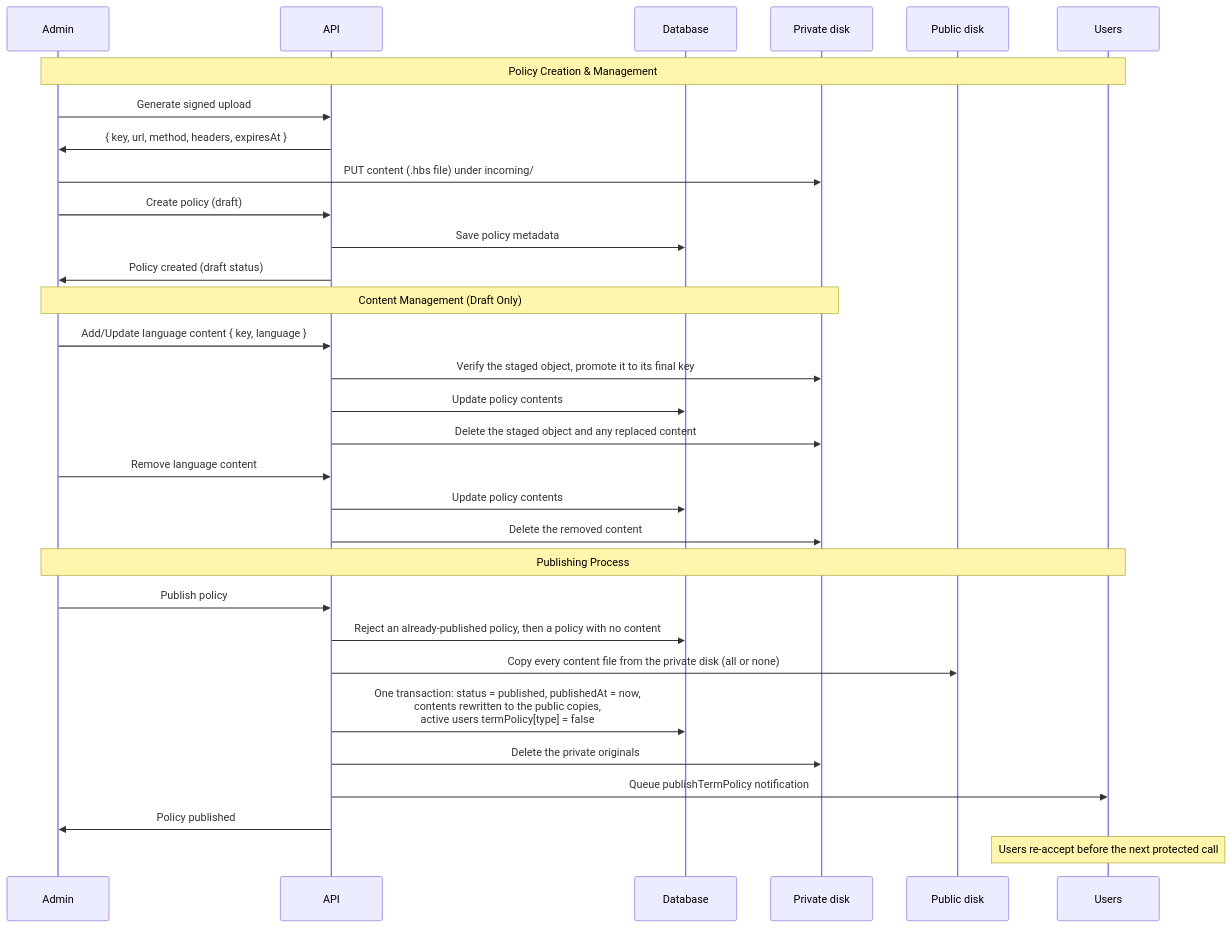
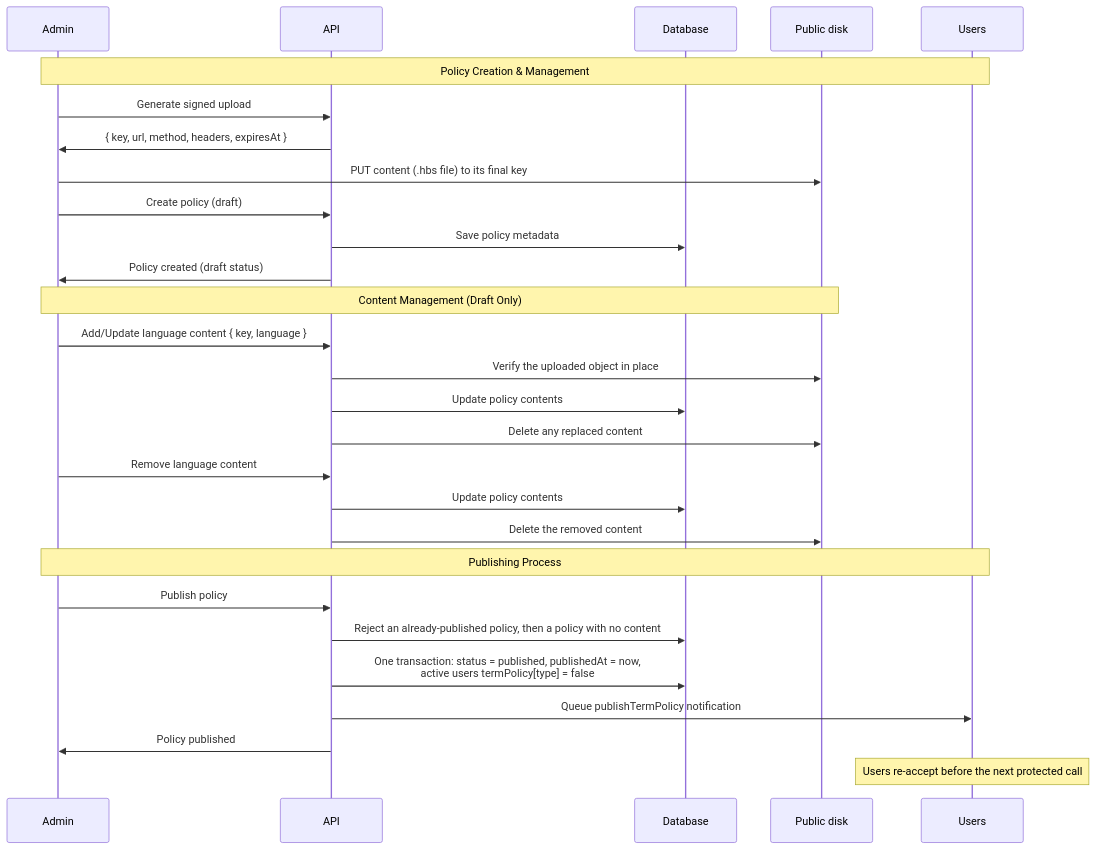
The first of 3 diagrams in docs/term-policy.md (Gzerox/ack-nestjs-boilerplate), drawn with Mermaid before and after one commit. The commit also changed other lines of this file and 44 other files, not shown here.

````diff
--- a/docs/term-policy.md
+++ b/docs/term-policy.md
@@ -89,41 +89,38 @@
 ```mermaid
 sequenceDiagram
     participant Admin
     participant API
     participant Database
-    participant Private as Private disk
     participant Public as Public disk
     participant Users
 
     Note over Admin,Users: Policy Creation & Management
     
     Admin->>API: Generate signed upload
     API->>Admin: { key, url, method, headers, expiresAt }
-    Admin->>Private: PUT content (.hbs file) under incoming/
+    Admin->>Public: PUT content (.hbs file) to its final key
     
     Admin->>API: Create policy (draft)
     API->>Database: Save policy metadata
     API->>Admin: Policy created (draft status)
     
-    Note over Admin,Private: Content Management (Draft Only)
+    Note over Admin,Public: Content Management (Draft Only)
     
     Admin->>API: Add/Update language content { key, language }
-    API->>Private: Verify the staged object, promote it to its final key
+    API->>Public: Verify the uploaded object in place
     API->>Database: Update policy contents
-    API->>Private: Delete the staged object and any replaced content
+    API->>Public: Delete any replaced content
     Admin->>API: Remove language content
     API->>Database: Update policy contents
-    API->>Private: Delete the removed content
+    API->>Public: Delete the removed content
     
     Note over Admin,Users: Publishing Process
     
     Admin->>API: Publish policy
     API->>Database: Reject an already-published policy, then a policy with no content
-    API->>Public: Copy every content file from the private disk (all or none)
-    API->>Database: One transaction: status = published, publishedAt = now,<br/>contents rewritten to the public copies,<br/>active users termPolicy[type] = false
-    API->>Private: Delete the private originals
+    API->>Database: One transaction: status = published, publishedAt = now,<br/>active users termPolicy[type] = false
     API->>Users: Queue publishTermPolicy notification
     API->>Admin: Policy published
     
     Note over Users: Users re-accept before the next protected call
 ```
````
